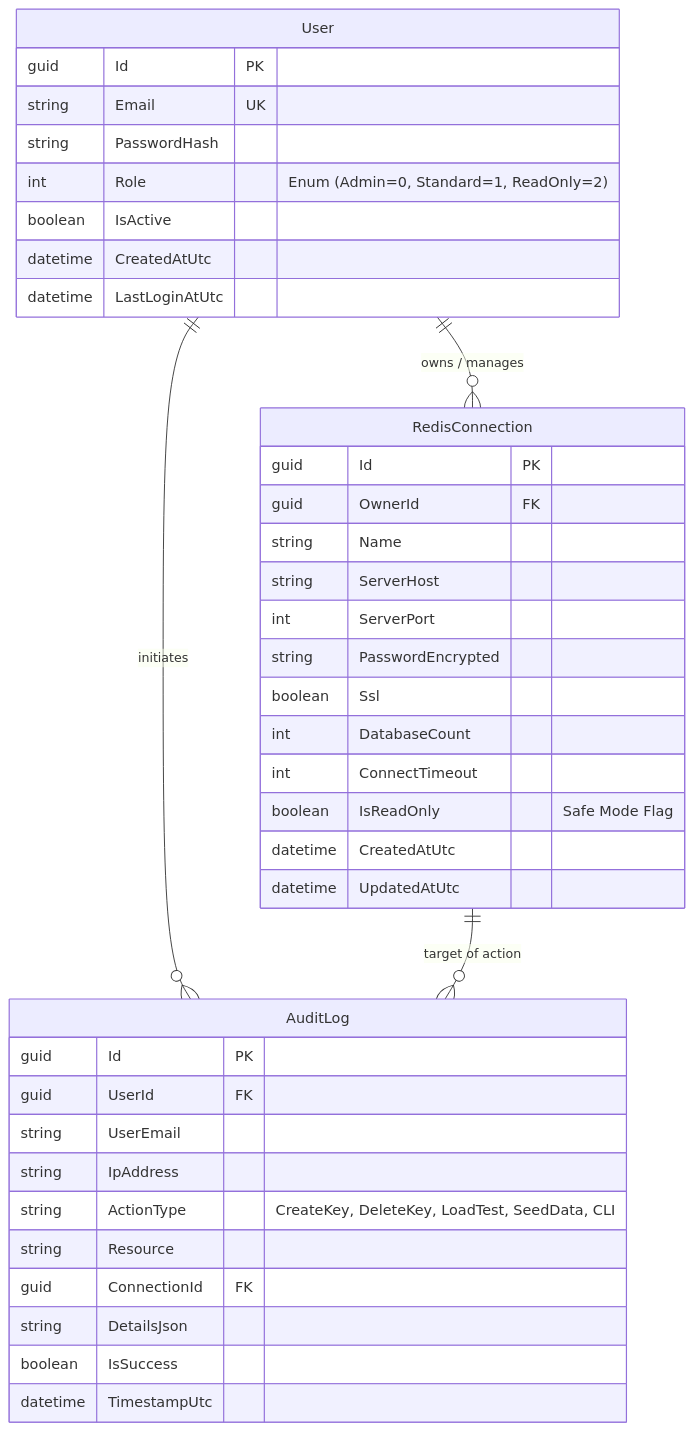
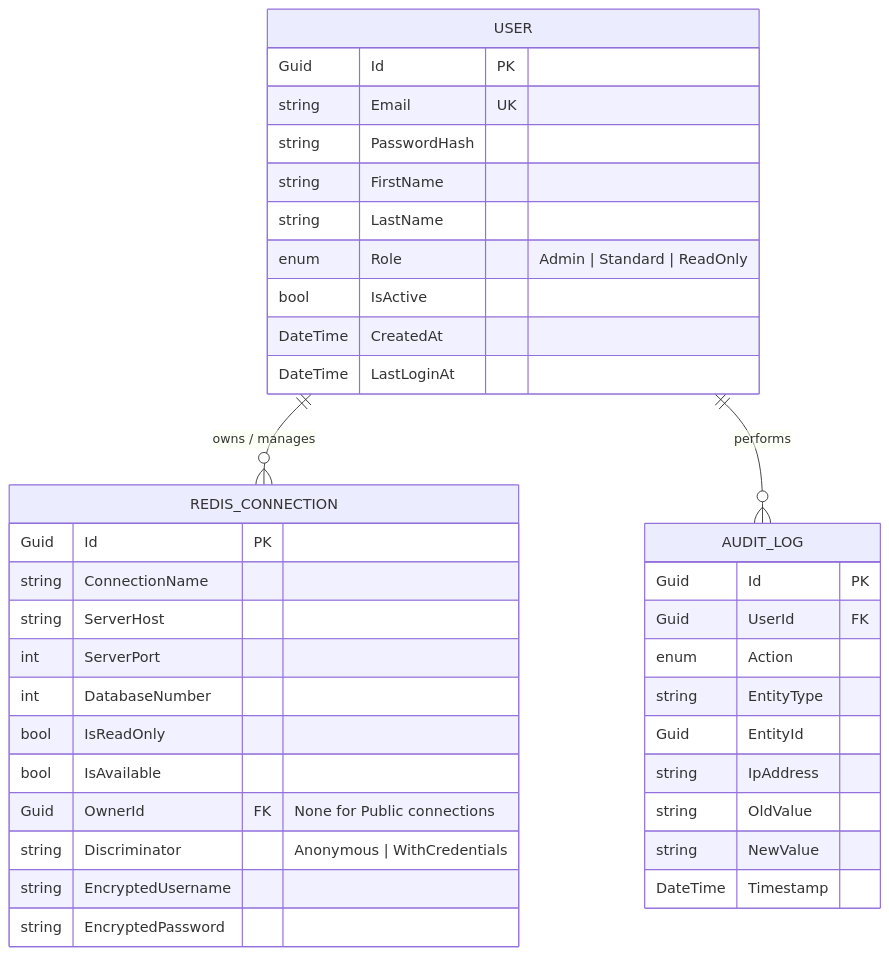
One commit to dellik95/redis-gui changed the third of 7 diagrams in docs/diagrams.md. Above: the diagram before and after it, drawn with Mermaid. The commit also changed other lines of this file and 232 other files, not shown here.

Commit message:
Refactor shared auth/connection guards, fix binary key GET identity, and update docs, landing page, and screenshots

````diff
--- a/docs/diagrams.md
+++ b/docs/diagrams.md
@@ -72,44 +106,43 @@
 ```mermaid
 erDiagram
-    User ||--o{ RedisConnection : "owns / manages"
-    User ||--o{ AuditLog : "initiates"
-    RedisConnection ||--o{ AuditLog : "target of action"
-
-    User {
-        guid Id PK
+    USER {
+        Guid Id PK
         string Email UK
         string PasswordHash
-        int Role "Enum (Admin=0, Standard=1, ReadOnly=2)"
-        boolean IsActive
-        datetime CreatedAtUtc
-        datetime LastLoginAtUtc
+        string FirstName
+        string LastName
+        enum Role "Admin | Standard | ReadOnly"
+        bool IsActive
+        DateTime CreatedAt
+        DateTime LastLoginAt
     }
 
-    RedisConnection {
-        guid Id PK
-        guid OwnerId FK
-        string Name
+    REDIS_CONNECTION {
+        Guid Id PK
+        string ConnectionName
         string ServerHost
         int ServerPort
-        string PasswordEncrypted
-        boolean Ssl
-        int DatabaseCount
-        int ConnectTimeout
-        boolean IsReadOnly "Safe Mode Flag"
-        datetime CreatedAtUtc
-        datetime UpdatedAtUtc
+        int DatabaseNumber
+        bool IsReadOnly
+        bool IsAvailable
+        Guid OwnerId FK "None for Public connections"
+        string Discriminator "Anonymous | WithCredentials"
+        string EncryptedUsername
+        string EncryptedPassword
     }
 
-    AuditLog {
-        guid Id PK
-        guid UserId FK
-        string UserEmail
+    AUDIT_LOG {
+        Guid Id PK
+        Guid UserId FK
+        enum Action
+        string EntityType
+        Guid EntityId
         string IpAddress
-        string ActionType "CreateKey, DeleteKey, LoadTest, SeedData, CLI"
-        string Resource
-        guid ConnectionId FK
-        string DetailsJson
-        boolean IsSuccess
-        datetime TimestampUtc
+        string OldValue
+        string NewValue
+        DateTime Timestamp
     }
+
+    USER ||--o{ REDIS_CONNECTION : "owns / manages"
+    USER ||--o{ AUDIT_LOG : "performs"
 ```
````
